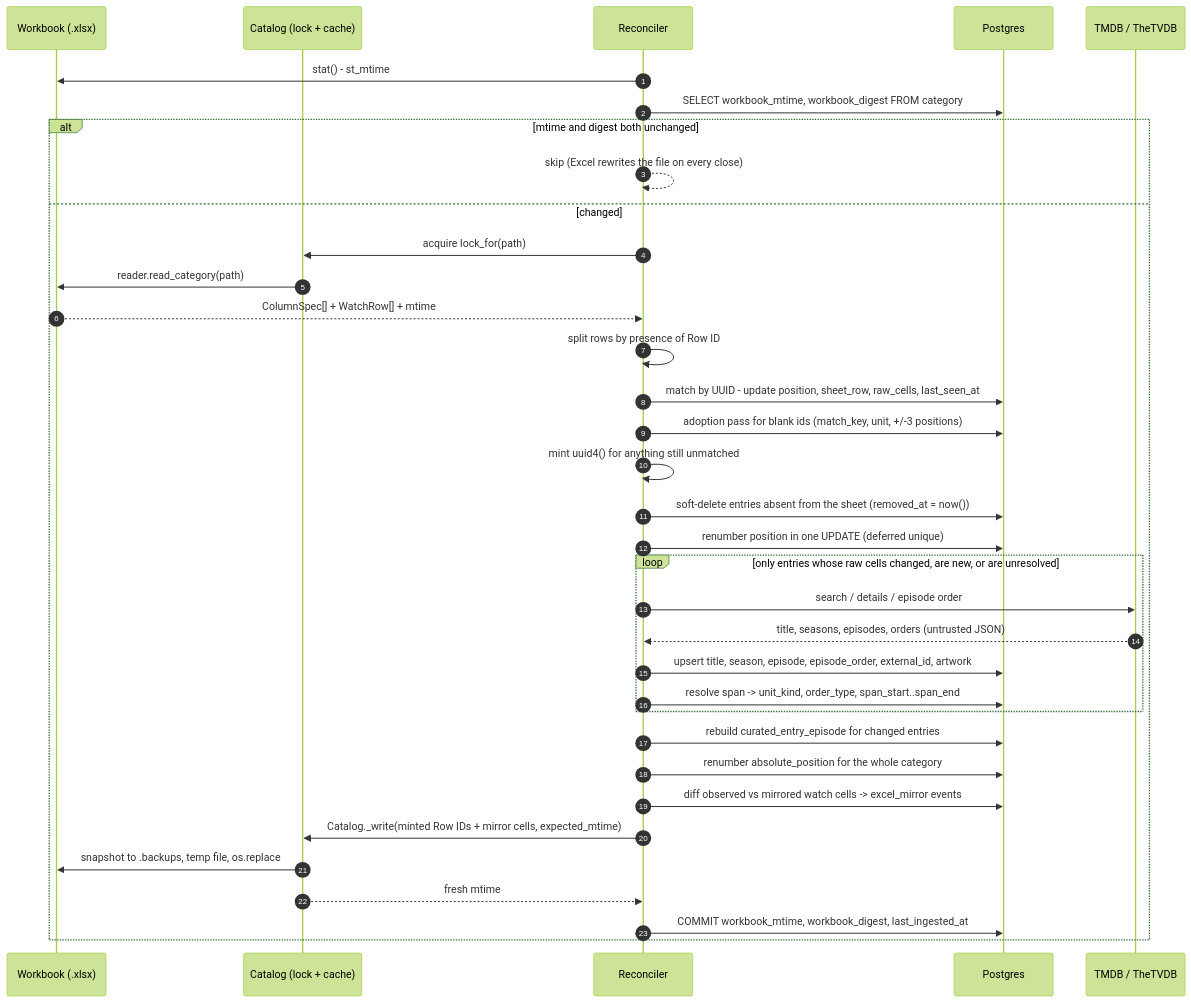
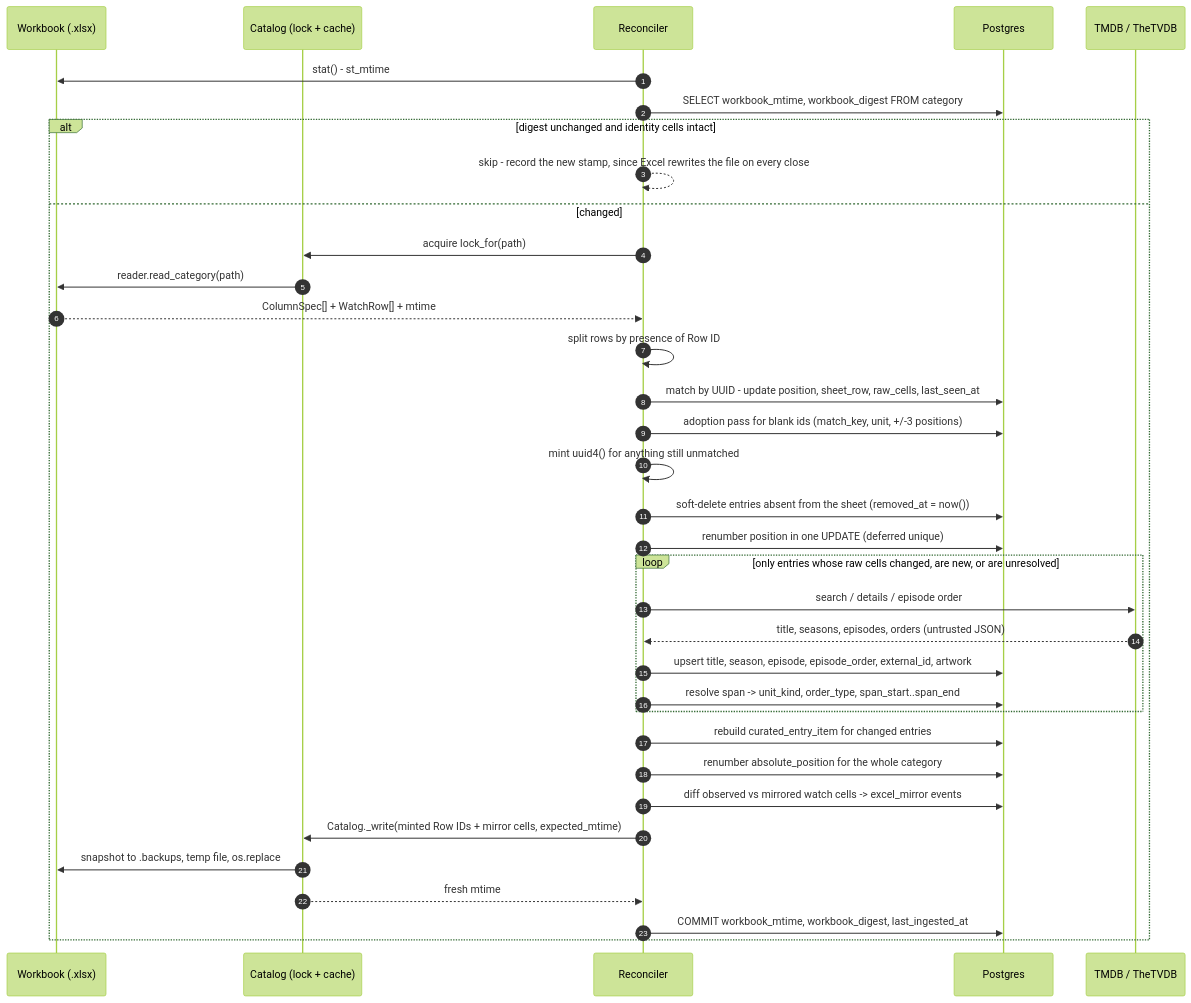
One commit to amrambouskila/watch-list changed the seventh of 11 diagrams in docs/TV_MASTER_PLAN.md. Above: the diagram before and after it, drawn with Mermaid (forest theme). The commit also changed other lines of this file and 564 other files, not shown here.

````diff
--- a/docs/TV_MASTER_PLAN.md
+++ b/docs/TV_MASTER_PLAN.md
@@ -586,38 +816,38 @@
 ```mermaid
 sequenceDiagram
     autonumber
     participant W as Workbook (.xlsx)
     participant C as Catalog (lock + cache)
     participant R as Reconciler
     participant P as Postgres
     participant T as TMDB / TheTVDB
 
     R->>W: stat() - st_mtime
     R->>P: SELECT workbook_mtime, workbook_digest FROM category
-    alt mtime and digest both unchanged
-        R-->>R: skip (Excel rewrites the file on every close)
+    alt digest unchanged and identity cells intact
+        R-->>R: skip - record the new stamp, since Excel rewrites the file on every close
     else changed
         R->>C: acquire lock_for(path)
         C->>W: reader.read_category(path)
         W-->>R: ColumnSpec[] + WatchRow[] + mtime
         R->>R: split rows by presence of Row ID
         R->>P: match by UUID - update position, sheet_row, raw_cells, last_seen_at
         R->>P: adoption pass for blank ids (match_key, unit, +/-3 positions)
         R->>R: mint uuid4() for anything still unmatched
         R->>P: soft-delete entries absent from the sheet (removed_at = now())
         R->>P: renumber position in one UPDATE (deferred unique)
         loop only entries whose raw cells changed, are new, or are unresolved
             R->>T: search / details / episode order
             T-->>R: title, seasons, episodes, orders (untrusted JSON)
             R->>P: upsert title, season, episode, episode_order, external_id, artwork
             R->>P: resolve span -> unit_kind, order_type, span_start..span_end
         end
-        R->>P: rebuild curated_entry_episode for changed entries
+        R->>P: rebuild curated_entry_item for changed entries
         R->>P: renumber absolute_position for the whole category
         R->>P: diff observed vs mirrored watch cells -> excel_mirror events
         R->>C: Catalog._write(minted Row IDs + mirror cells, expected_mtime)
         C->>W: snapshot to .backups, temp file, os.replace
         C-->>R: fresh mtime
         R->>P: COMMIT workbook_mtime, workbook_digest, last_ingested_at
     end
 ```
````
